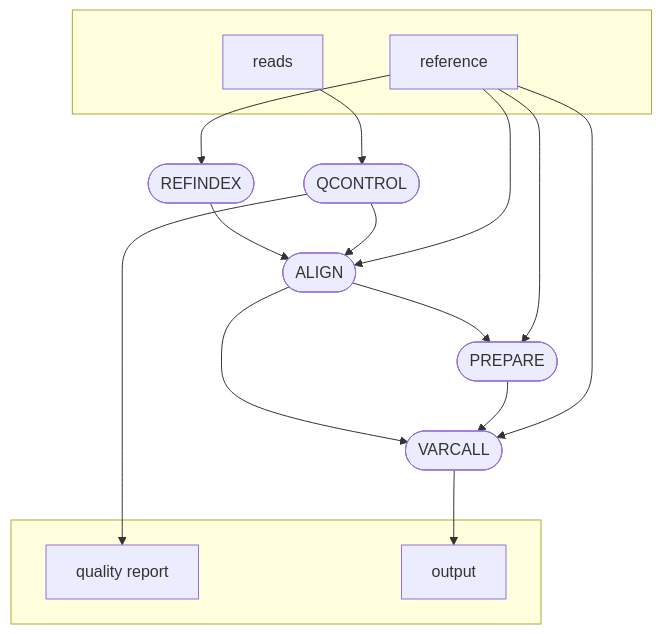
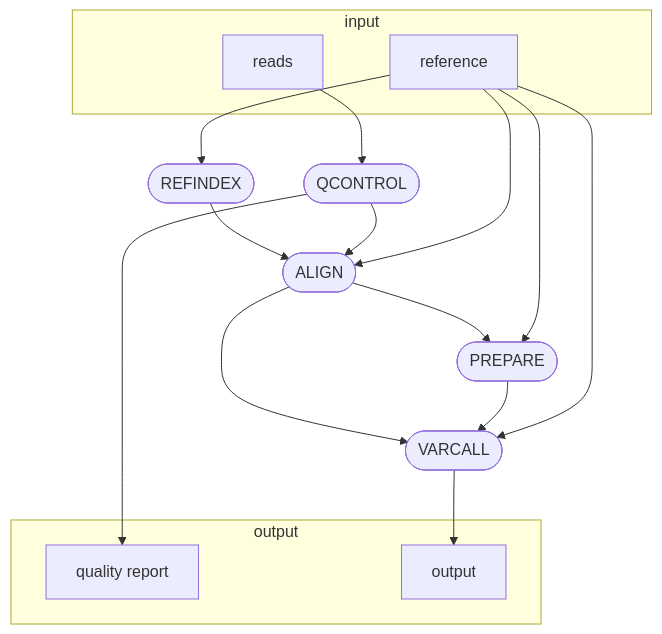
The diagram in README.md (glebus-sasha/octopus_nf), drawn with Mermaid before and after one commit.

````diff
--- a/README.md
+++ b/README.md
@@ -5,28 +5,28 @@
 ```mermaid
 flowchart TB
-    subgraph " "
+    subgraph "input"
     v0["reads"]
     v1["reference"]
     end
     v2([REFINDEX])
     v3([QCONTROL])
-    subgraph " "
+    subgraph "output"
     v4["quality report"]
     v11["output"]
     end
     v6([ALIGN])
     v8([PREPARE])
     v10([VARCALL])
     v0 --> v3
     v1 --> v2
     v2 --> v6
     v3 --> v6
     v3 --> v4
     v1 --> v6
     v6 --> v8
     v6 --> v10
     v1 --> v8
     v8 --> v10
     v1 --> v10
     v10 --> v11
 ```
````
